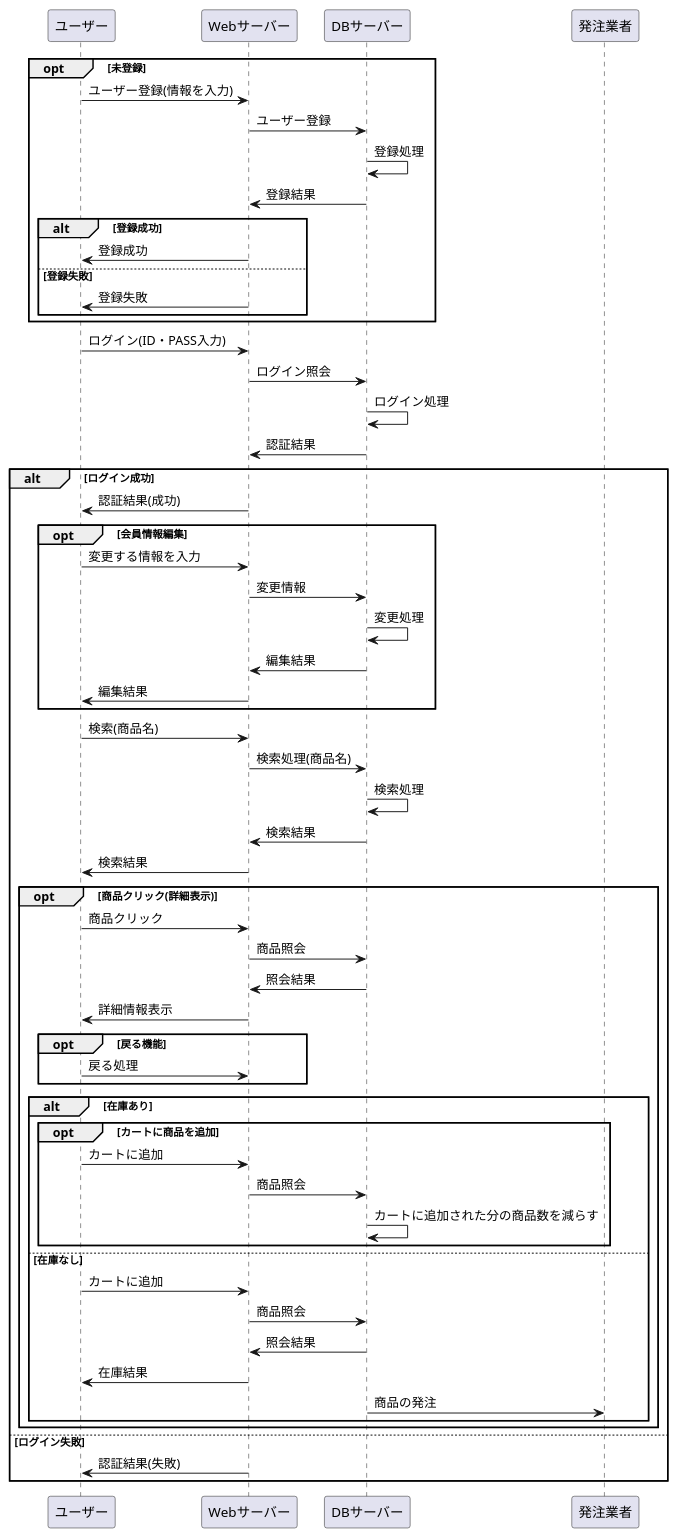
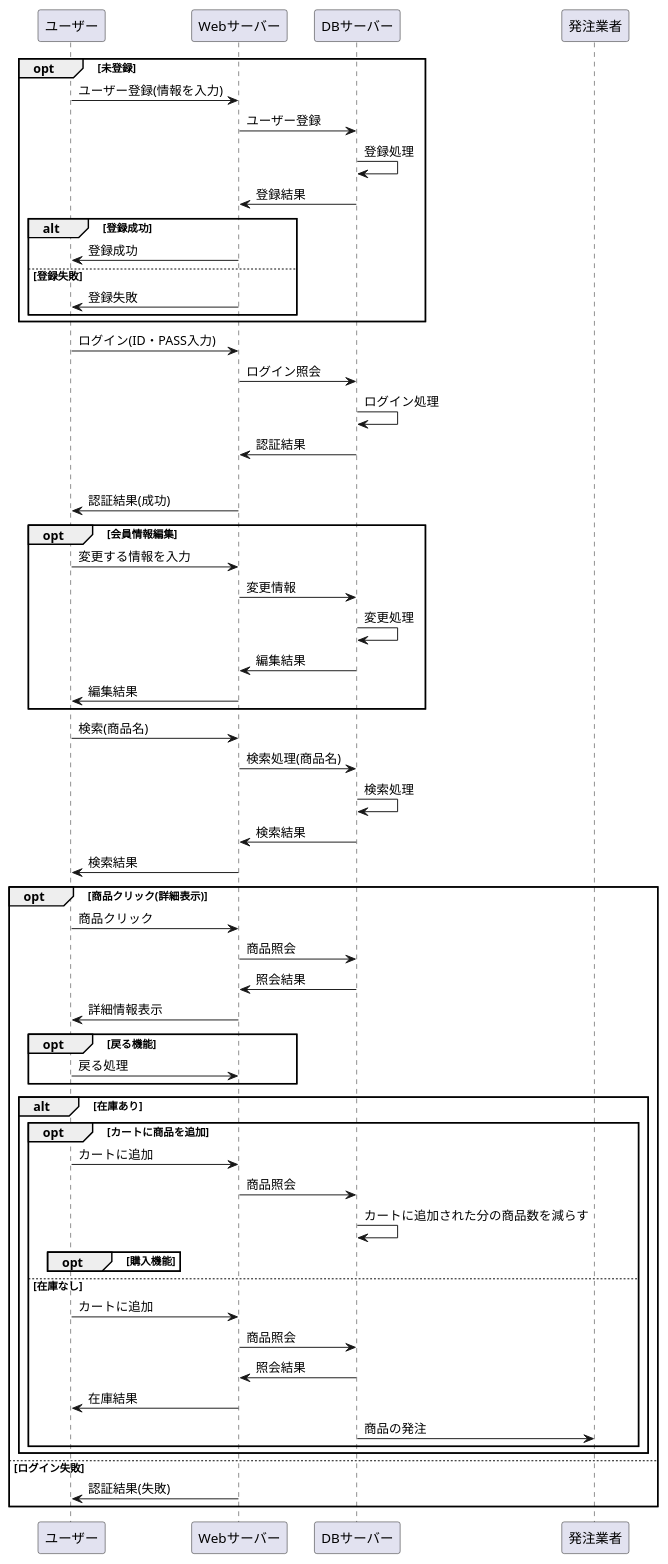
Before and after one commit to Aso2001227/Aso-Sports-1: the diagram in 設計書/02_業務フロー/Business-Flow.md, drawn with PlantUML.

````diff
--- a/設計書/02_業務フロー/Business-Flow.md
+++ b/設計書/02_業務フロー/Business-Flow.md
@@ -1,64 +1,65 @@
 ```uml
 @startuml
 opt 未登録
 ユーザー -> Webサーバー : ユーザー登録(情報を入力)
 Webサーバー -> DBサーバー : ユーザー登録
 DBサーバー -> DBサーバー : 登録処理
 DBサーバー -> Webサーバー : 登録結果
 
 alt 登録成功
 Webサーバー -> ユーザー : 登録成功
 else 登録失敗
 Webサーバー -> ユーザー : 登録失敗
 end
 end
 
 ユーザー -> Webサーバー : ログイン(ID・PASS入力)
 Webサーバー -> DBサーバー : ログイン照会
 DBサーバー -> DBサーバー : ログイン処理
 DBサーバー -> Webサーバー : 認証結果
 
 alt ログイン成功
 Webサーバー -> ユーザー : 認証結果(成功)
 
 opt 会員情報編集
 ユーザー -> Webサーバー : 変更する情報を入力
 Webサーバー -> DBサーバー :変更情報
 DBサーバー -> DBサーバー : 変更処理
 DBサーバー -> Webサーバー : 編集結果
 Webサーバー -> ユーザー : 編集結果
 end
 
 ユーザー -> Webサーバー : 検索(商品名)
 Webサーバー -> DBサーバー : 検索処理(商品名)
 DBサーバー -> DBサーバー : 検索処理
 DBサーバー -> Webサーバー : 検索結果
 Webサーバー -> ユーザー : 検索結果
 
 opt 商品クリック(詳細表示)
 ユーザー -> Webサーバー : 商品クリック
 Webサーバー -> DBサーバー : 商品照会
 DBサーバー -> Webサーバー : 照会結果
 Webサーバー -> ユーザー : 詳細情報表示
 opt 戻る機能
 ユーザー -> Webサーバー : 戻る処理
 end
 alt 在庫あり
 opt カートに商品を追加
 ユーザー -> Webサーバー : カートに追加
 Webサーバー -> DBサーバー : 商品照会
 DBサーバー -> DBサーバー : カートに追加された分の商品数を減らす
+opt 購入機能
 end
 else 在庫なし
 ユーザー -> Webサーバー : カートに追加
 Webサーバー -> DBサーバー : 商品照会
 DBサーバー -> Webサーバー : 照会結果
 Webサーバー -> ユーザー : 在庫結果
 DBサーバー -> 発注業者 : 商品の発注
 end
 end
 else ログイン失敗
 Webサーバー -> ユーザー : 認証結果(失敗)
 end
 @enduml
 ```
````
